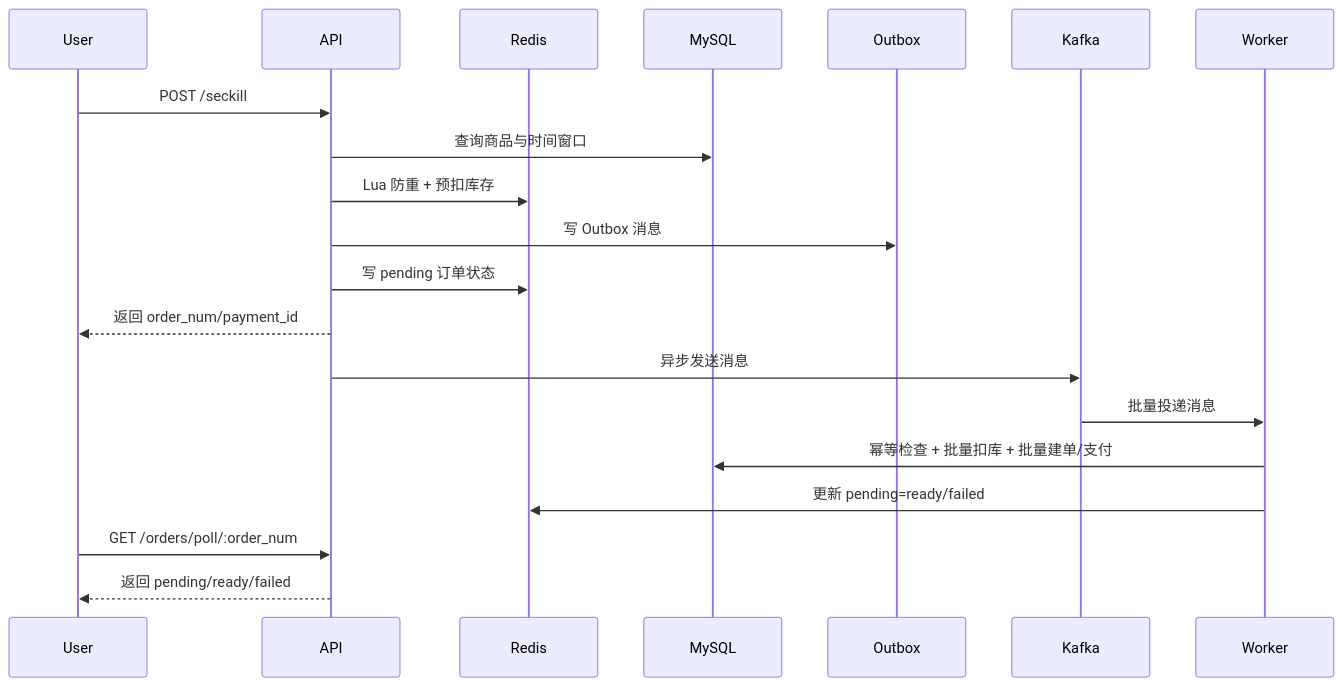
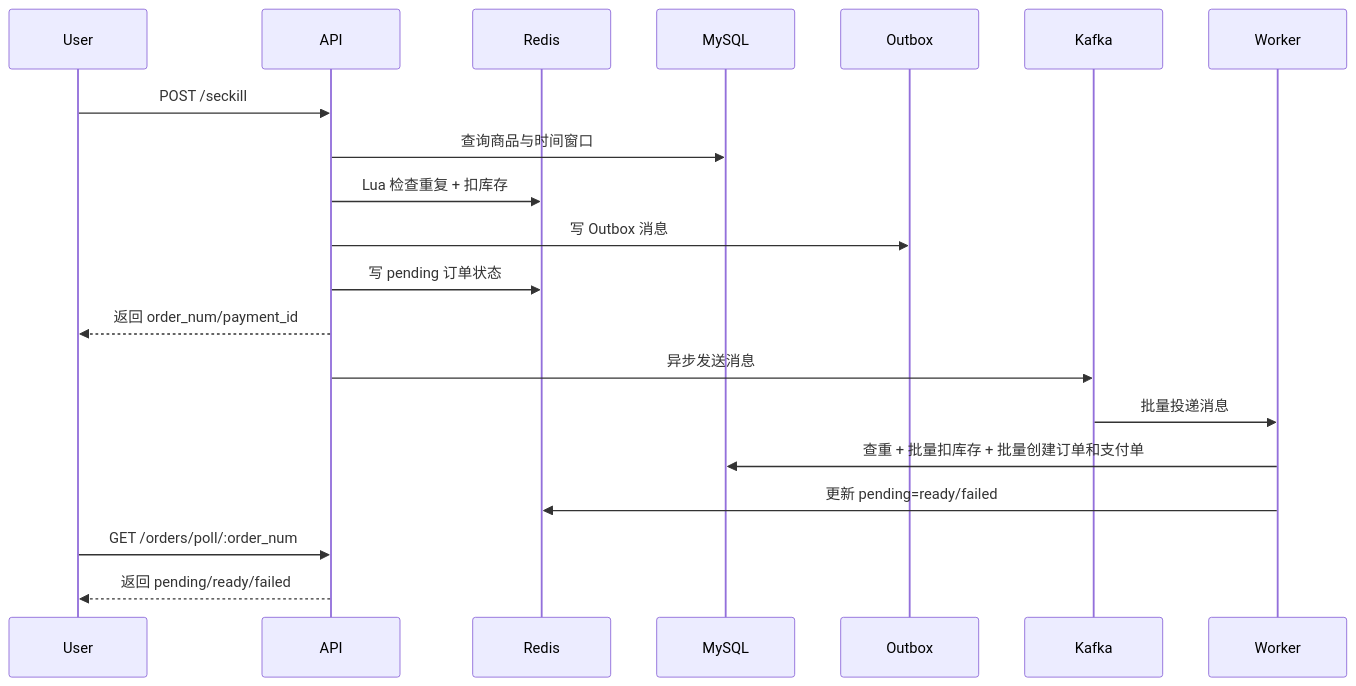
One commit to yuqie6/SneakerFlash changed the diagram in docs/architecture.md. Above: the diagram before and after it, drawn with Mermaid. The commit also changed other lines of this file and 4 other files, not shown here.

````diff
--- a/docs/architecture.md
+++ b/docs/architecture.md
@@ -35,23 +35,23 @@
 ```mermaid
 sequenceDiagram
     participant U as User
     participant API as API
     participant R as Redis
     participant DB as MySQL
     participant O as Outbox
     participant K as Kafka
     participant W as Worker
 
     U->>API: POST /seckill
     API->>DB: 查询商品与时间窗口
-    API->>R: Lua 防重 + 预扣库存
+    API->>R: Lua 检查重复 + 扣库存
     API->>O: 写 Outbox 消息
     API->>R: 写 pending 订单状态
     API-->>U: 返回 order_num/payment_id
     API->>K: 异步发送消息
     K->>W: 批量投递消息
-    W->>DB: 幂等检查 + 批量扣库 + 批量建单/支付
+    W->>DB: 查重 + 批量扣库存 + 批量创建订单和支付单
     W->>R: 更新 pending=ready/failed
     U->>API: GET /orders/poll/:order_num
     API-->>U: 返回 pending/ready/failed
 ```
````
